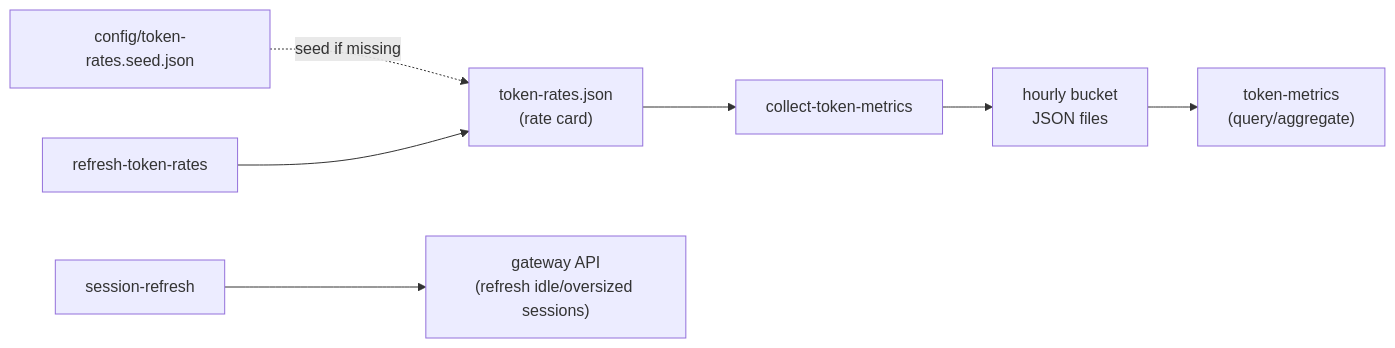
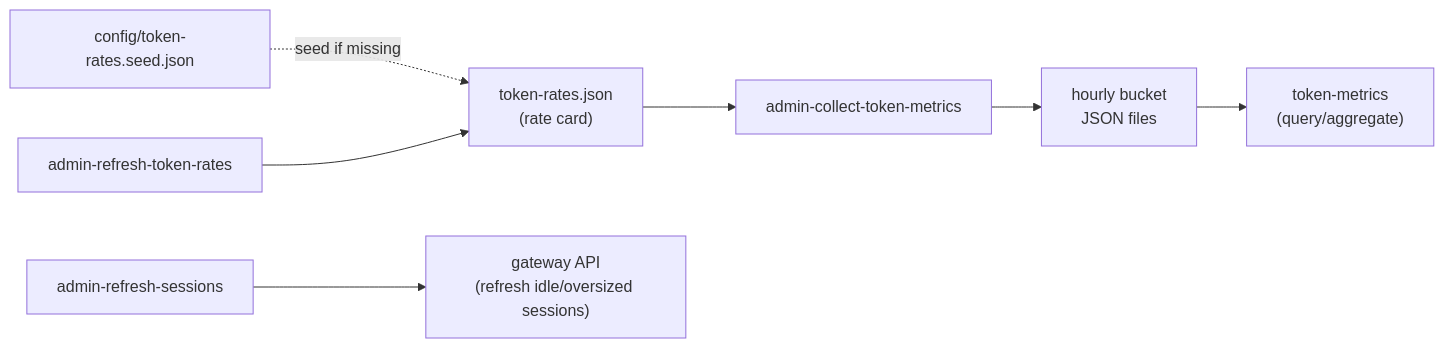
Before and after one commit to karmaniverous/jeeves-scripts-core: the diagram in packages/core/guides/admin.md, drawn with Mermaid. The commit also changed other lines of this file and 29 other files, not shown here.

````diff
--- a/packages/core/guides/admin.md
+++ b/packages/core/guides/admin.md
@@ -17,10 +19,10 @@
 ```mermaid
 flowchart LR
-  collect["collect-token-metrics"] --> buckets["hourly bucket\nJSON files"]
+  collect["admin-collect-token-metrics"] --> buckets["hourly bucket\nJSON files"]
   buckets --> metrics["token-metrics\n(query/aggregate)"]
   seed["config/token-rates.seed.json"] -. "seed if missing" .-> card["token-rates.json\n(rate card)"]
-  rates["refresh-token-rates"] --> card
+  rates["admin-refresh-token-rates"] --> card
   card --> collect
 
-  refresh["session-refresh"] --> gateway["gateway API\n(refresh idle/oversized sessions)"]
+  refresh["admin-refresh-sessions"] --> gateway["gateway API\n(refresh idle/oversized sessions)"]
 ```
````
